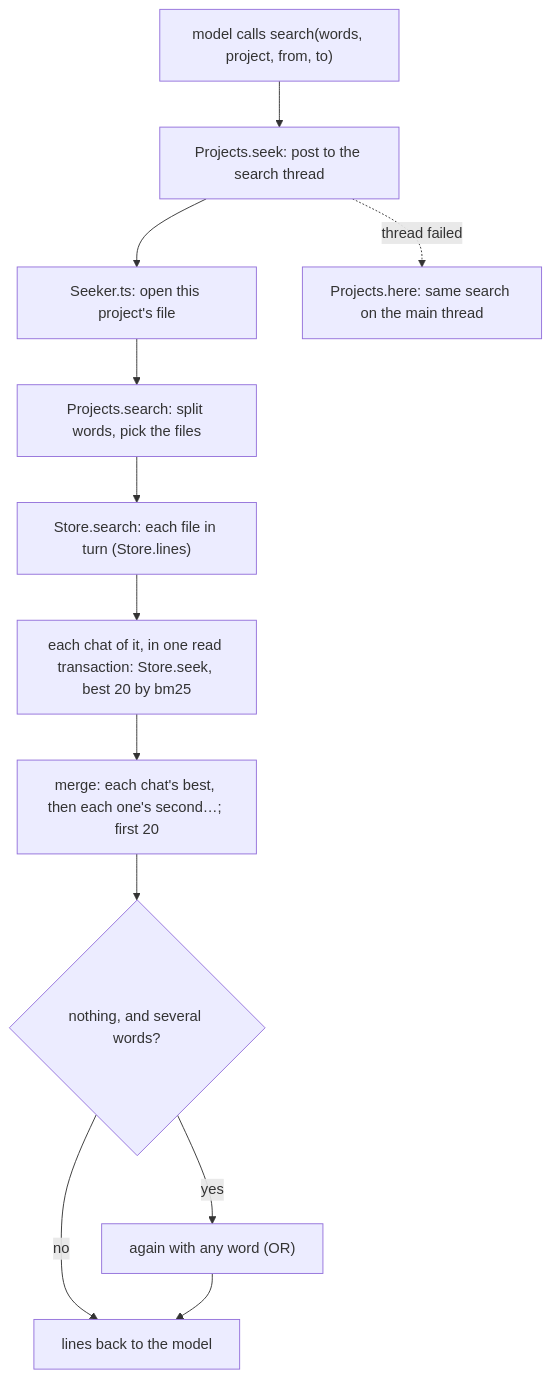
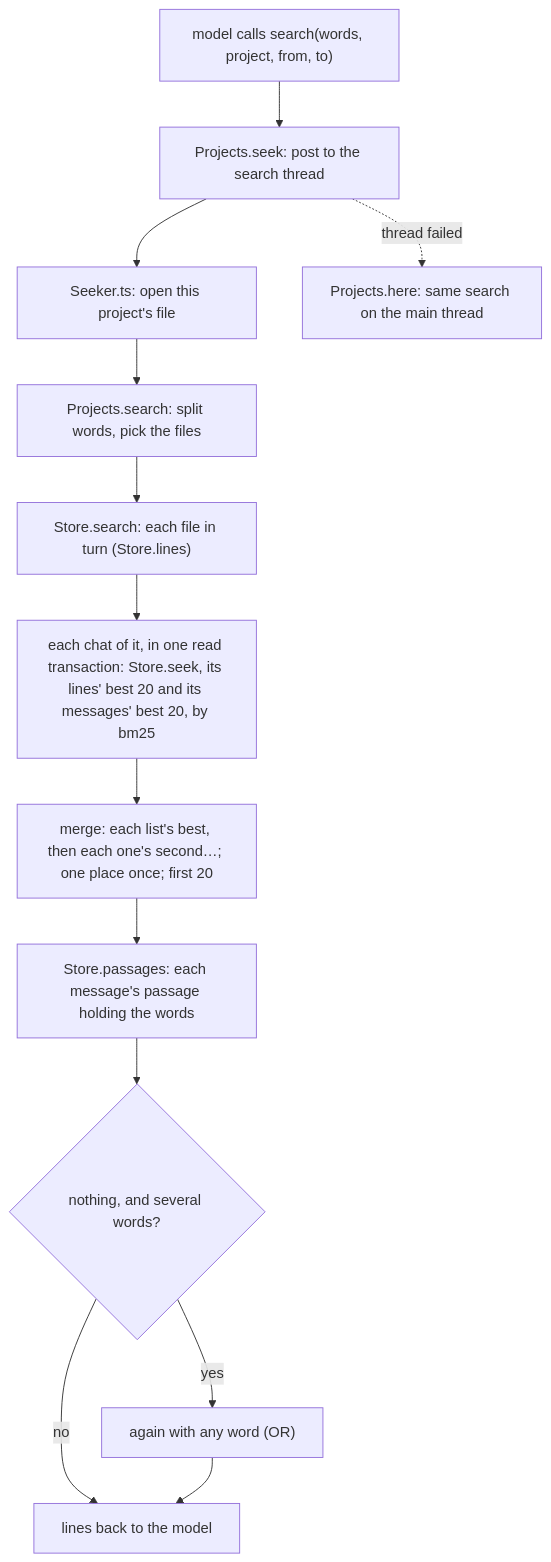
Before and after one commit to 4our4ace/illimitable-chat: the third of 3 diagrams in docs/storage.md, drawn with Mermaid. The commit also changed other lines of this file and 24 other files, not shown here.

First line of the commit message:
Search finds every message's own words, and lines close in meaning

````diff
--- a/docs/storage.md
+++ b/docs/storage.md
@@ -529,14 +564,15 @@
 ```mermaid
 flowchart TD
   T["model calls search(words, project, from, to)"] --> S["Projects.seek: post to the search thread"]
   S --> W["Seeker.ts: open this project's file"]
   W --> P["Projects.search: split words, pick the files"]
   P --> R["Store.search: each file in turn (Store.lines)"]
-  R --> C["each chat of it, in one read transaction: Store.seek, best 20 by bm25"]
-  C --> M["merge: each chat's best, then each one's second…; first 20"]
-  M --> E{"nothing, and several words?"}
+  R --> C["each chat of it, in one read transaction: Store.seek, its lines' best 20 and its messages' best 20, by bm25"]
+  C --> M["merge: each list's best, then each one's second…; one place once; first 20"]
+  M --> G["Store.passages: each message's passage holding the words"]
+  G --> E{"nothing, and several words?"}
   E -- yes --> O["again with any word (OR)"]
   E -- no --> X["lines back to the model"]
   O --> X
   S -. "thread failed" .-> I["Projects.here: same search on the main thread"]
 ```
````
